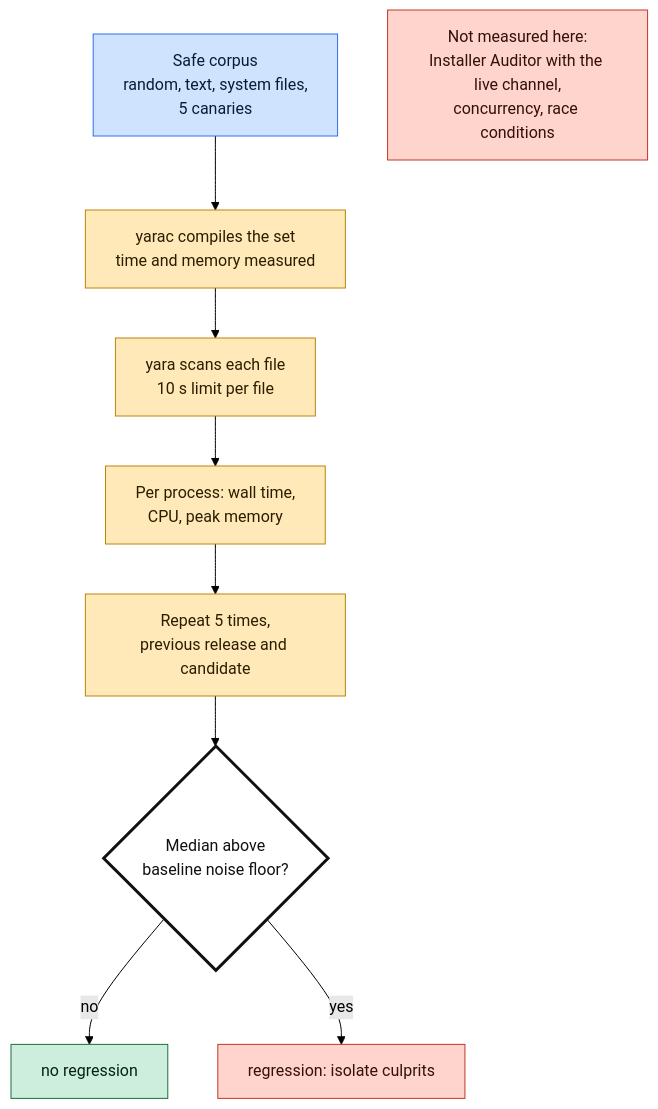
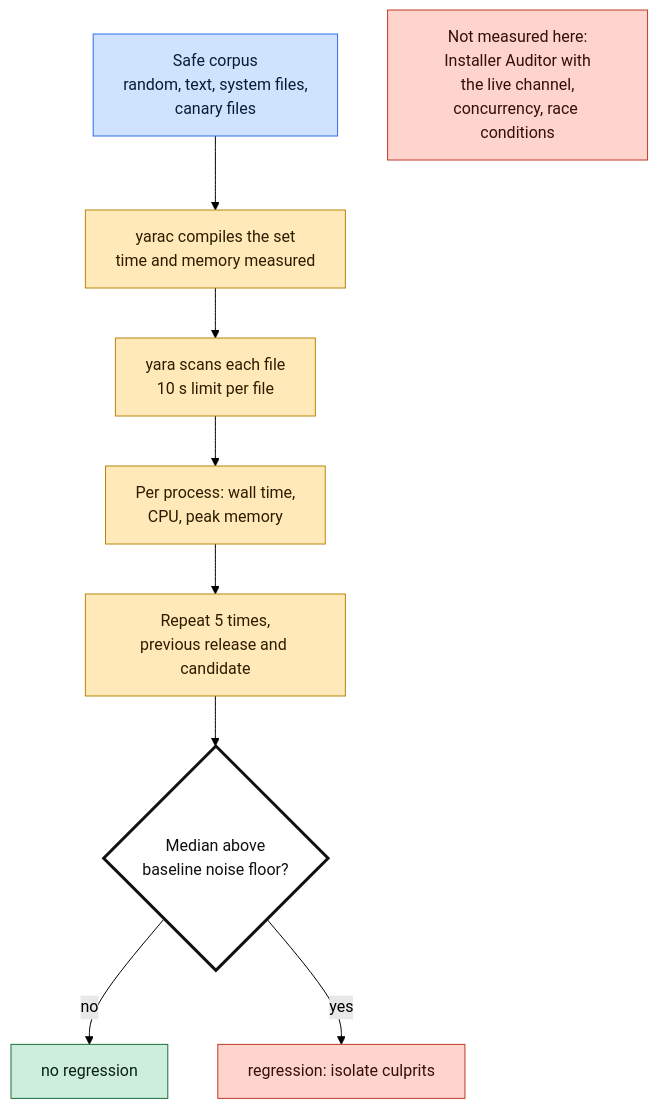
One commit to MacGuard/macguard-yara-channel changed the diagram in docs/wiki/diagrams/perf-measurement.mmd. Above: the diagram before and after it, drawn with Mermaid (forest theme). The commit also changed 120 other files, not shown here.

```diff
--- a/docs/wiki/diagrams/perf-measurement.mmd
+++ b/docs/wiki/diagrams/perf-measurement.mmd
@@ -1,18 +1,18 @@
 flowchart TB
-  C["Safe corpus<br/>random, text, system files,<br/>5 canaries"]:::src
+  C["Safe corpus<br/>random, text, system files,<br/>canary files"]:::src
   K["yarac compiles the set<br/>time and memory measured"]:::val
   S["yara scans each file<br/>10 s limit per file"]:::val
   M["Per process: wall time,<br/>CPU, peak memory"]:::val
   R["Repeat 5 times,<br/>previous release and candidate"]:::val
   V{"Median above<br/>baseline noise floor?"}:::gate
   OK["no regression"]:::sec
   BAD["regression: isolate culprits"]:::qua
-  NO["Not measured here:<br/>Installer Auditor with the live channel,<br/>concurrency, race conditions"]:::qua
+  NO["Not measured here:<br/>Installer Auditor with<br/>the live channel,<br/>concurrency, race conditions"]:::qua
   C --> K --> S --> M --> R --> V
   V -->|no| OK
   V -->|yes| BAD
   classDef src fill:#cfe3ff,stroke:#2f6df0,color:#0b1b33
   classDef val fill:#ffe9b8,stroke:#b8860b,color:#2b1d00
   classDef sec fill:#cdeedd,stroke:#1b6e3c,color:#08210f
   classDef qua fill:#ffd4cc,stroke:#c0392b,color:#33100b
   classDef gate fill:#ffffff,stroke:#111111,stroke-width:3px,color:#111111
```
